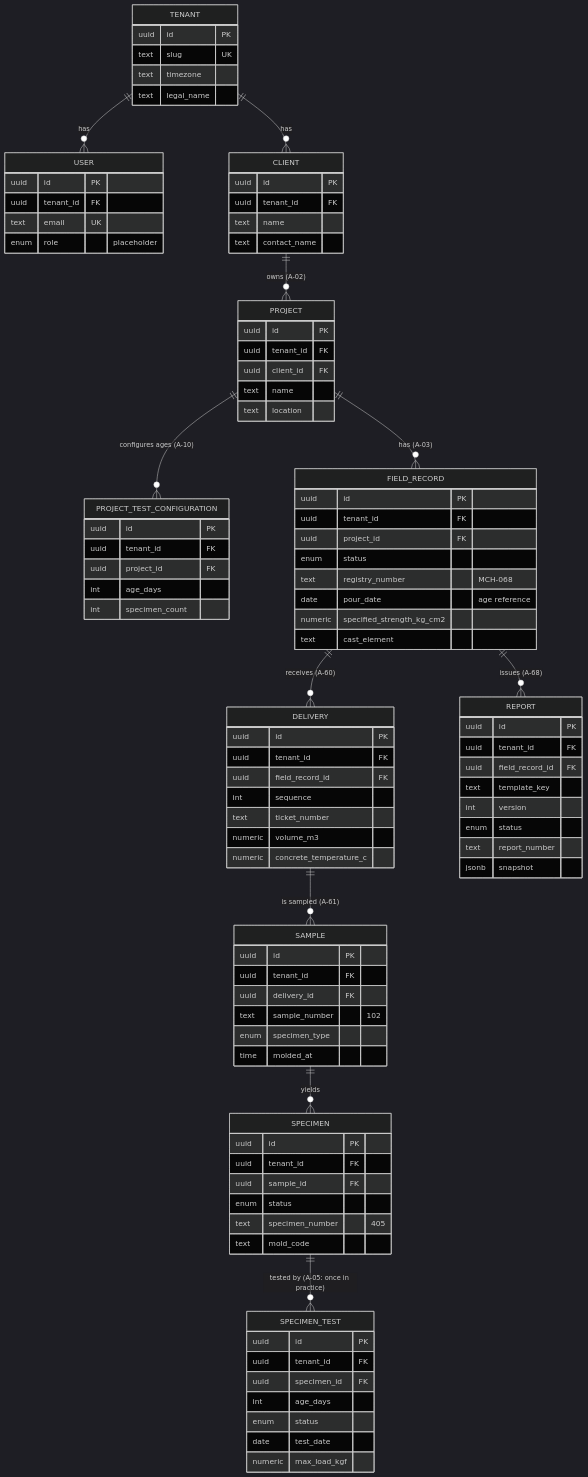
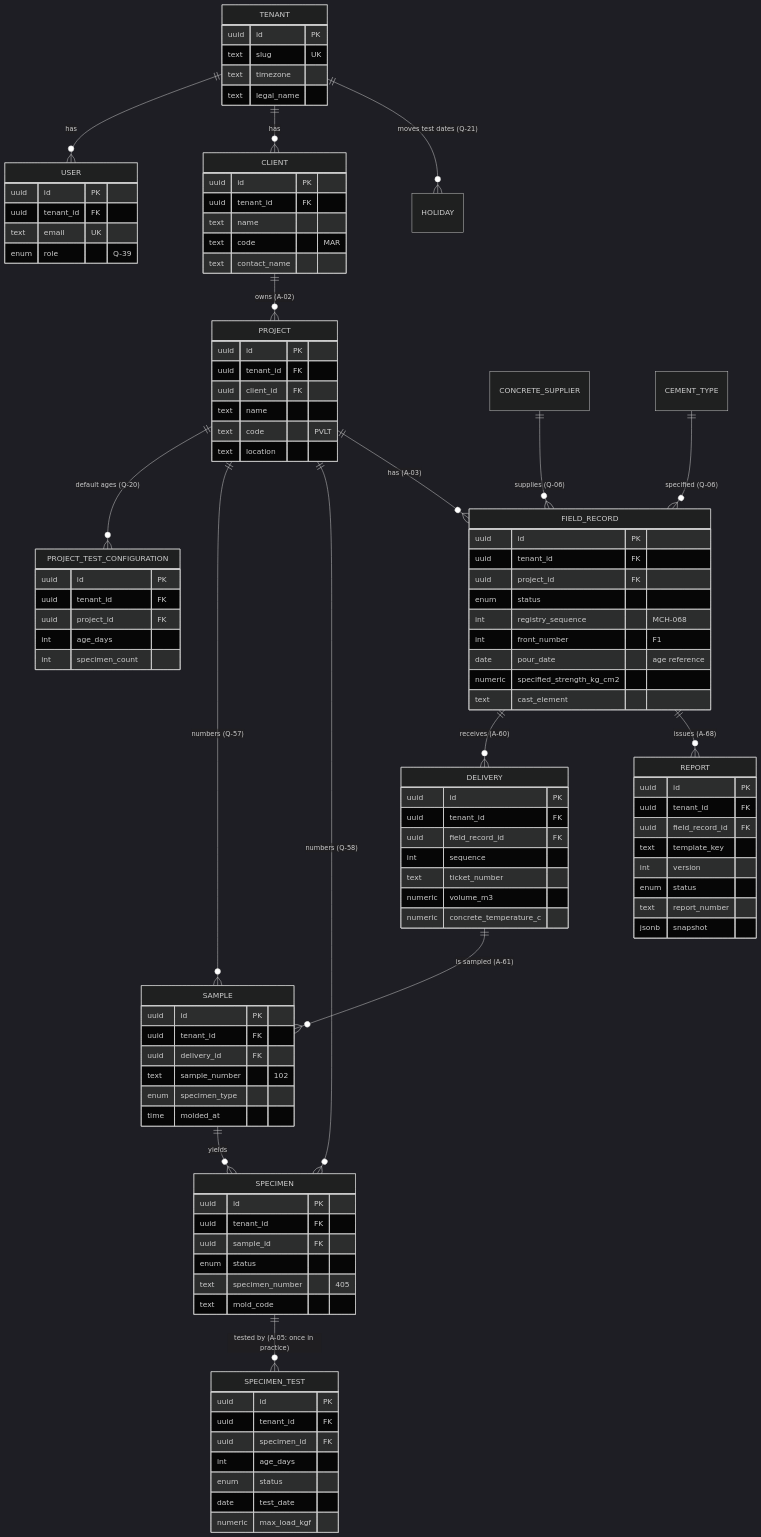
Before and after one commit to brocha05/lab-control: the diagram in docs/database/relationships.md, drawn with Mermaid (dark theme). The commit also changed other lines of this file and 8 other files, not shown here.

```diff
--- a/docs/database/relationships.md
+++ b/docs/database/relationships.md
@@ -11,7 +11,12 @@
     TENANT ||--o{ USER : has
     TENANT ||--o{ CLIENT : has
     CLIENT ||--o{ PROJECT : "owns (A-02)"
-    PROJECT ||--o{ PROJECT_TEST_CONFIGURATION : "configures ages (A-10)"
+    PROJECT ||--o{ PROJECT_TEST_CONFIGURATION : "default ages (Q-20)"
+    TENANT ||--o{ HOLIDAY : "moves test dates (Q-21)"
+    CONCRETE_SUPPLIER ||--o{ FIELD_RECORD : "supplies (Q-06)"
+    CEMENT_TYPE ||--o{ FIELD_RECORD : "specified (Q-06)"
+    PROJECT ||--o{ SAMPLE : "numbers (Q-57)"
+    PROJECT ||--o{ SPECIMEN : "numbers (Q-58)"
     PROJECT ||--o{ FIELD_RECORD : "has (A-03)"
     FIELD_RECORD ||--o{ DELIVERY : "receives (A-60)"
     DELIVERY ||--o{ SAMPLE : "is sampled (A-61)"
@@ -29,12 +34,13 @@
         uuid id PK
         uuid tenant_id FK
         text email UK
-        enum role "placeholder"
+        enum role "Q-39"
     }
     CLIENT {
         uuid id PK
         uuid tenant_id FK
         text name
+        text code "MAR"
         text contact_name
     }
     PROJECT {
@@ -42,6 +48,7 @@
         uuid tenant_id FK
         uuid client_id FK
         text name
+        text code "PVLT"
         text location
     }
     PROJECT_TEST_CONFIGURATION {
@@ -56,7 +63,8 @@
         uuid tenant_id FK
         uuid project_id FK
         enum status
-        text registry_number "MCH-068"
+        int registry_sequence "MCH-068"
+        int front_number "F1"
         date pour_date "age reference"
         numeric specified_strength_kg_cm2
         text cast_element
```
